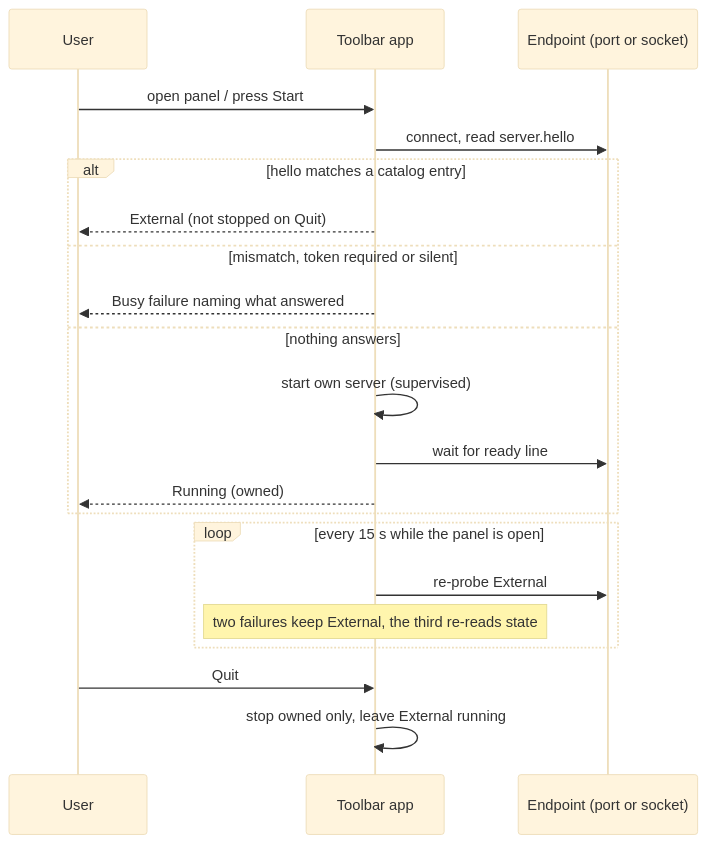
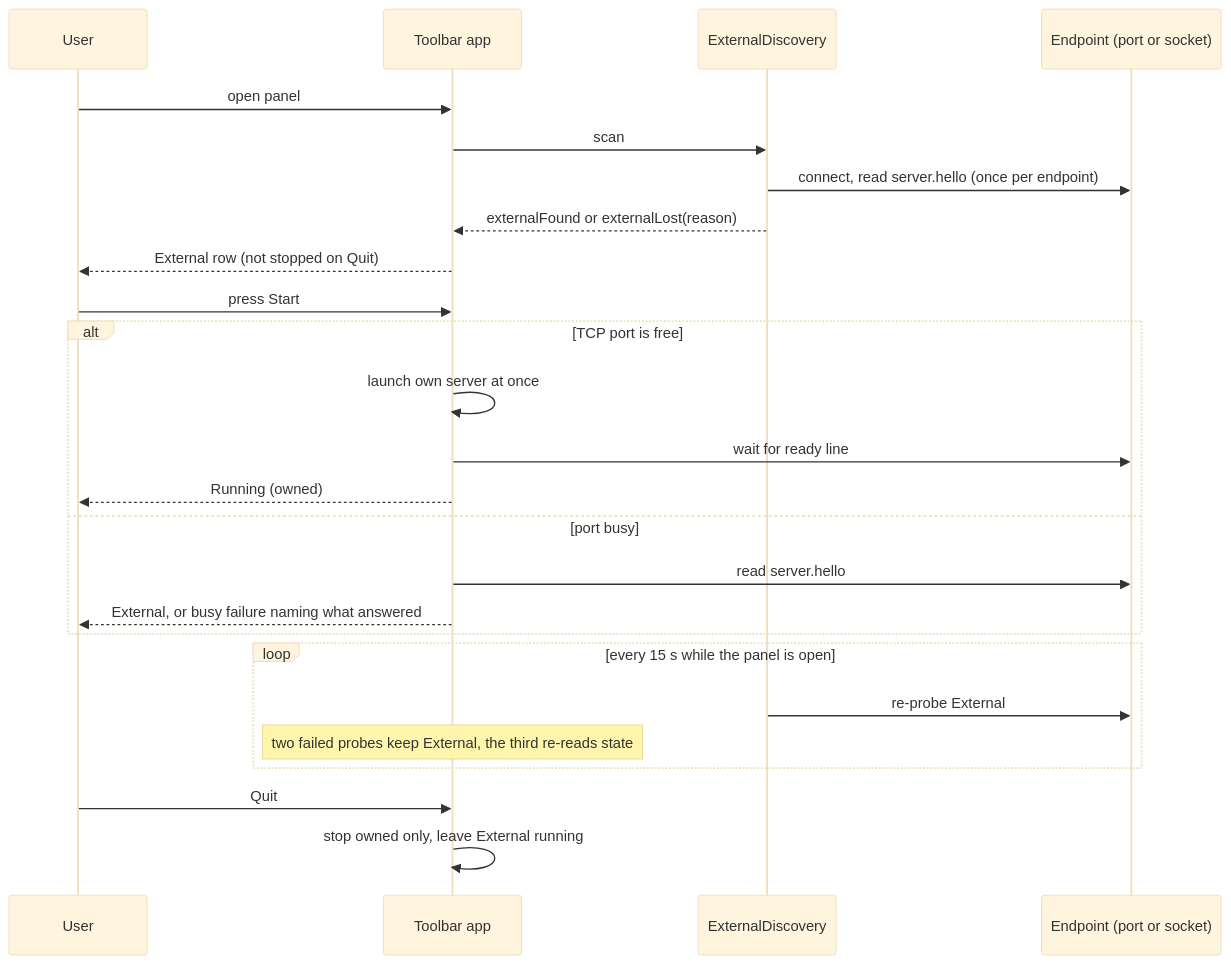
Before and after one commit to vr000m/pipecat-local-tts-server: the second of 2 diagrams in macos/docs/plans/20261025-feature-macos-adopt-external-servers.md, drawn with Mermaid (base theme). The commit also changed other lines of this file, not shown here.

Commit message:
docs(macos): apply second review-plan pass to the adopt-external-servers plan and re-mark it reviewed

````diff
--- a/macos/docs/plans/20261025-feature-macos-adopt-external-servers.md
+++ b/macos/docs/plans/20261025-feature-macos-adopt-external-servers.md
@@ -286,23 +320,27 @@
 ```mermaid
 sequenceDiagram
     participant U as User
     participant A as Toolbar app
+    participant D as ExternalDiscovery
     participant E as Endpoint (port or socket)
-    U->>A: open panel / press Start
-    A->>E: connect, read server.hello
-    alt hello matches a catalog entry
-        A-->>U: External (not stopped on Quit)
-    else mismatch, token required or silent
-        A-->>U: Busy failure naming what answered
-    else nothing answers
-        A->>A: start own server (supervised)
+    U->>A: open panel
+    A->>D: scan
+    D->>E: connect, read server.hello (once per endpoint)
+    D-->>A: externalFound or externalLost(reason)
+    A-->>U: External row (not stopped on Quit)
+    U->>A: press Start
+    alt TCP port is free
+        A->>A: launch own server at once
         A->>E: wait for ready line
         A-->>U: Running (owned)
+    else port busy
+        A->>E: read server.hello
+        A-->>U: External, or busy failure naming what answered
     end
     loop every 15 s while the panel is open
-        A->>E: re-probe External
-        Note over A: two failures keep External, the third re-reads state
+        D->>E: re-probe External
+        Note over A: two failed probes keep External, the third re-reads state
     end
     U->>A: Quit
     A->>A: stop owned only, leave External running
 ```
````
